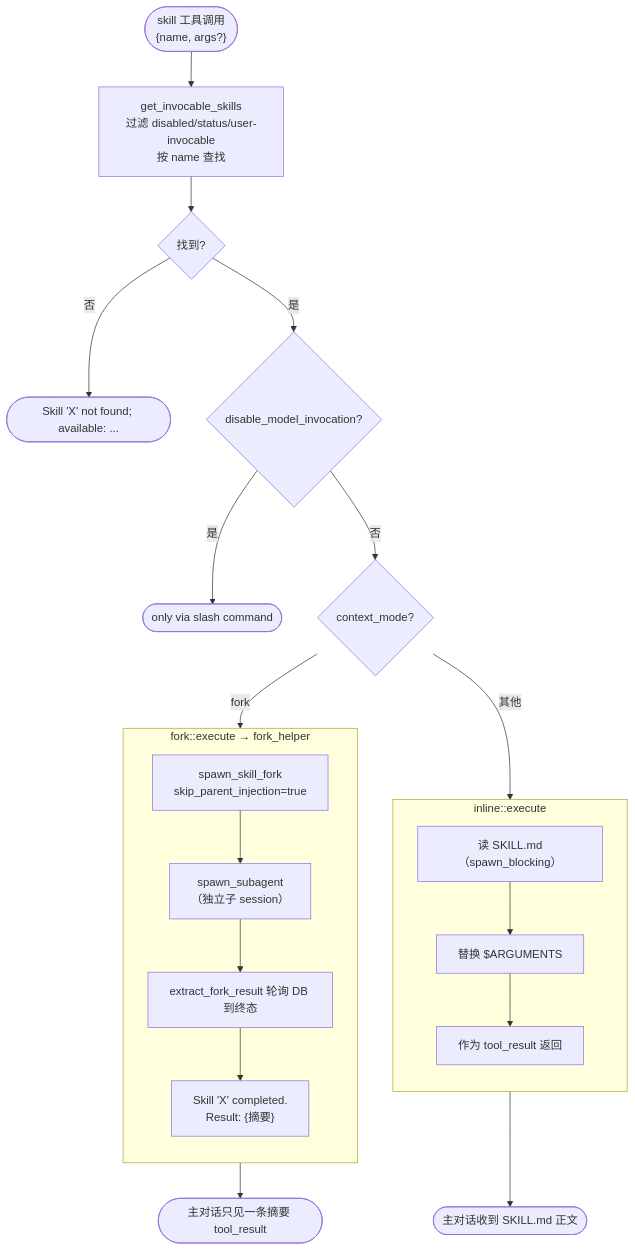
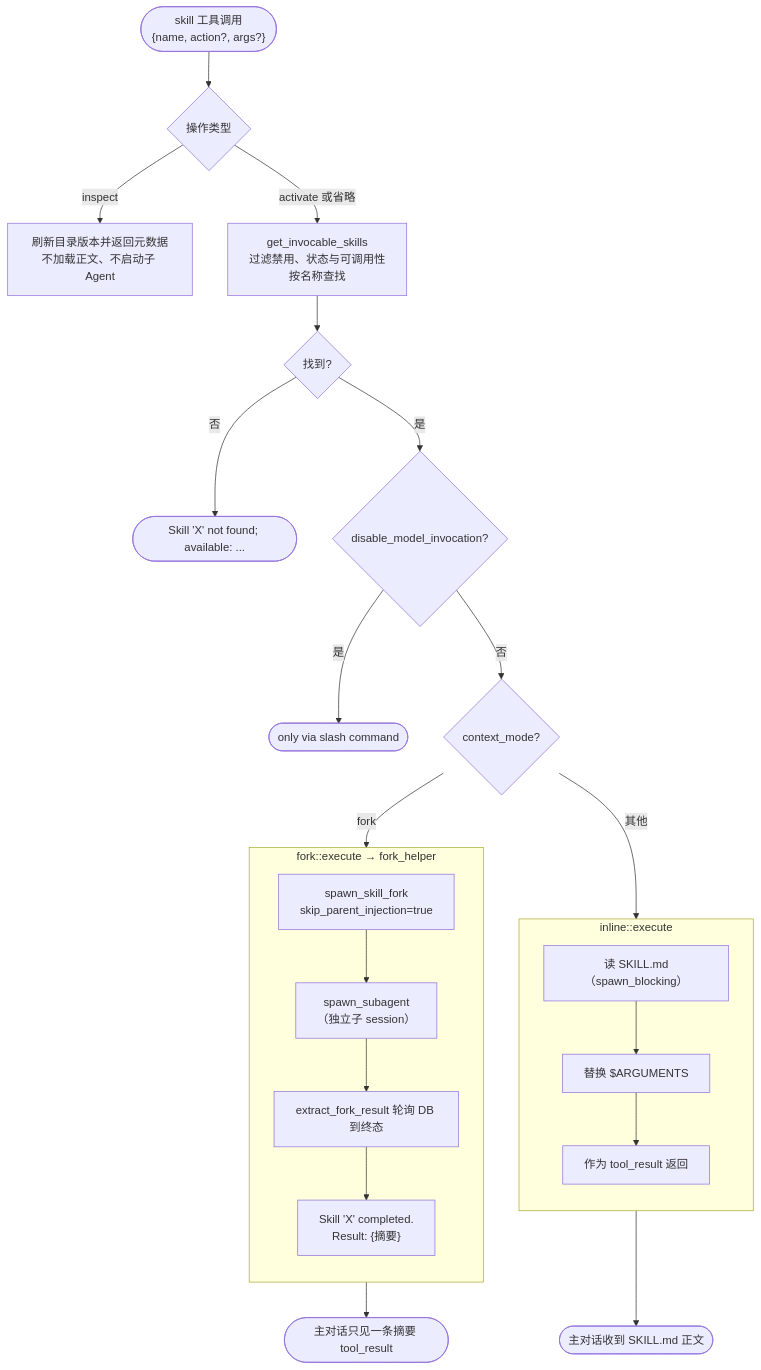
One commit to shiwenwen/hope-agent changed the sixth of 18 diagrams in docs/architecture/agent/skill-system.md. Above: the diagram before and after it, drawn with Mermaid. The commit also changed other lines of this file and 25 other files, not shown here.

````diff
--- a/docs/architecture/agent/skill-system.md
+++ b/docs/architecture/agent/skill-system.md
@@ -517,27 +520,29 @@
 ```mermaid
 flowchart TD
-    TOOL(["skill 工具调用<br/>{name, args?}"]) --> LOOKUP["get_invocable_skills<br/>过滤 disabled/status/user-invocable<br/>按 name 查找"]
+    TOOL(["skill 工具调用<br/>{name, action?, args?}"]) --> ACTION{"操作类型"}
+    ACTION -->|inspect| INSPECT["刷新目录版本并返回元数据<br/>不加载正文、不启动子 Agent"]
+    ACTION -->|activate 或省略| LOOKUP["get_invocable_skills<br/>过滤禁用、状态与可调用性<br/>按名称查找"]
     LOOKUP --> FOUND{"找到?"}
     FOUND -->|否| ERR(["Skill 'X' not found; available: ..."])
     FOUND -->|是| DIM{"disable_model_invocation?"}
     DIM -->|是| ERR2(["only via slash command"])
     DIM -->|否| MODE{"context_mode?"}
 
     MODE -->|fork| FORK
     MODE -->|其他| INLINE
 
     subgraph INLINE["inline::execute"]
         direction TB
         R1["读 SKILL.md（spawn_blocking）"] --> R2["替换 $ARGUMENTS"] --> R3["作为 tool_result 返回"]
     end
 
     subgraph FORK["fork::execute → fork_helper"]
         direction TB
         F1["spawn_skill_fork<br/>skip_parent_injection=true"] --> F2["spawn_subagent<br/>（独立子 session）"]
         F2 --> F3["extract_fork_result 轮询 DB 到终态"]
         F3 --> F4["Skill 'X' completed.<br/>Result: {摘要}"]
     end
 
     INLINE --> OUT_IN(["主对话收到 SKILL.md 正文"])
     FORK --> OUT_FK(["主对话只见一条摘要 tool_result"])
 ```
````
